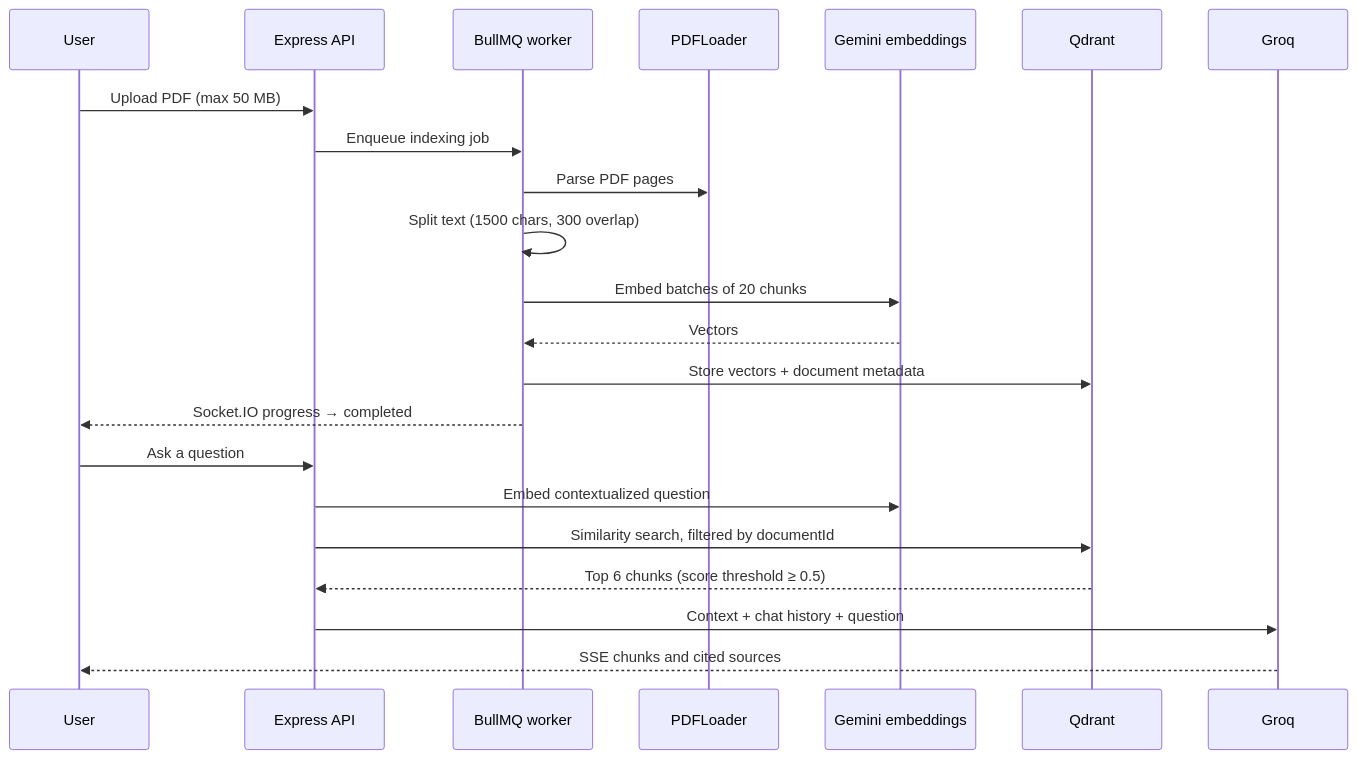
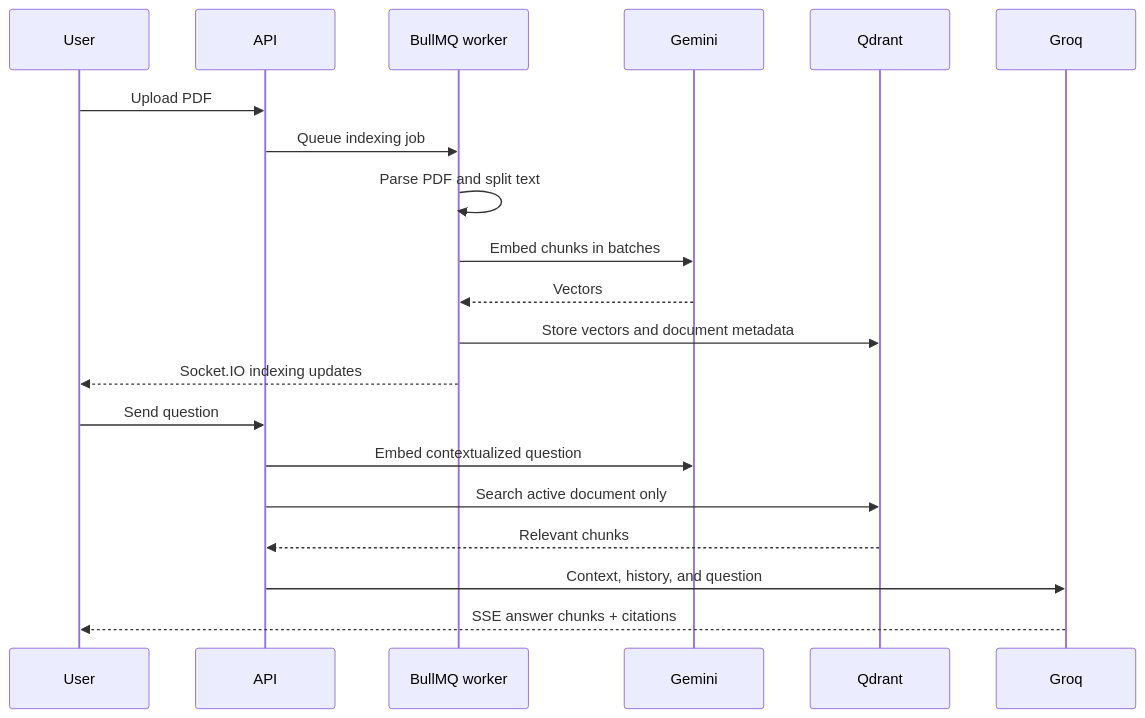
Before and after one commit to FaisalQ05/IntelliPDF: the second of 2 diagrams in README.md, drawn with Mermaid. The commit also changed other lines of this file and 2 other files, not shown here.

````diff
--- a/README.md
+++ b/README.md
@@ -81,25 +60,23 @@
 ```mermaid
 sequenceDiagram
-    participant User
-    participant API as Express API
-    participant Worker as BullMQ worker
-    participant PDF as PDFLoader
-    participant Embed as Gemini embeddings
-    participant Qdrant
-    participant Groq
+    participant U as User
+    participant A as API
+    participant W as BullMQ worker
+    participant E as Gemini
+    participant Q as Qdrant
+    participant L as Groq
 
-    User->>API: Upload PDF (max 50 MB)
-    API->>Worker: Enqueue indexing job
-    Worker->>PDF: Parse PDF pages
-    Worker->>Worker: Split text (1500 chars, 300 overlap)
-    Worker->>Embed: Embed batches of 20 chunks
-    Embed-->>Worker: Vectors
-    Worker->>Qdrant: Store vectors + document metadata
-    Worker-->>User: Socket.IO progress → completed
-    User->>API: Ask a question
-    API->>Embed: Embed contextualized question
-    API->>Qdrant: Similarity search, filtered by documentId
-    Qdrant-->>API: Top 6 chunks (score threshold ≥ 0.5)
-    API->>Groq: Context + chat history + question
-    Groq-->>User: SSE chunks and cited sources
+    U->>A: Upload PDF
+    A->>W: Queue indexing job
+    W->>W: Parse PDF and split text
+    W->>E: Embed chunks in batches
+    E-->>W: Vectors
+    W->>Q: Store vectors and document metadata
+    W-->>U: Socket.IO indexing updates
+    U->>A: Send question
+    A->>E: Embed contextualized question
+    A->>Q: Search active document only
+    Q-->>A: Relevant chunks
+    A->>L: Context, history, and question
+    L-->>U: SSE answer chunks + citations
 ```
````
